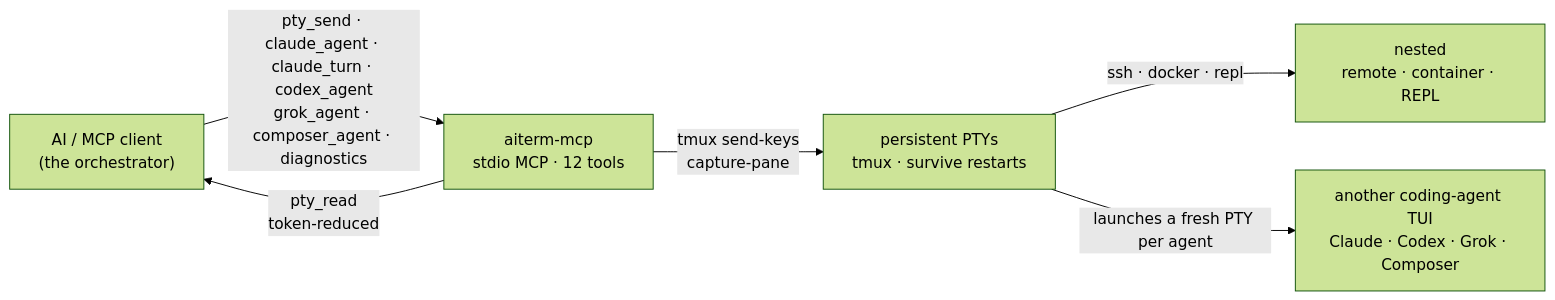
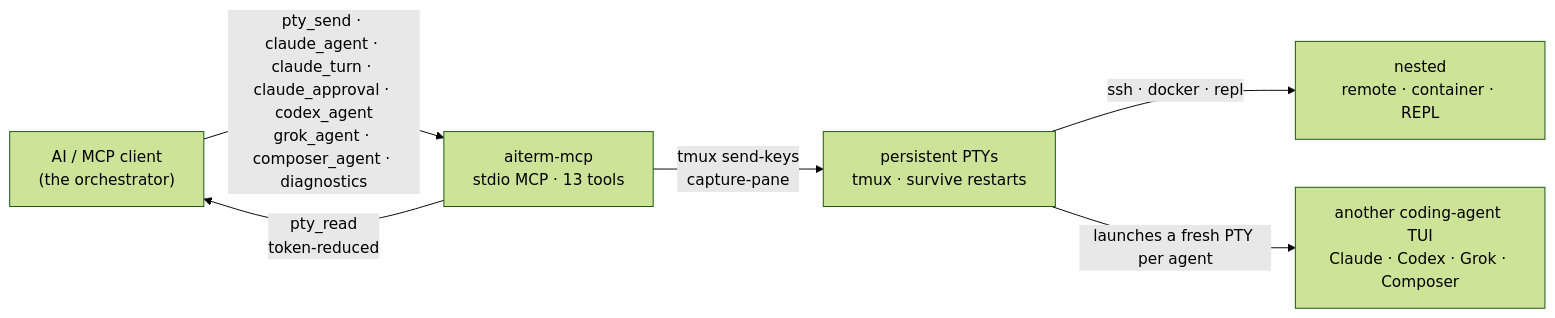
One commit to kitepon-rgb/aiterm-mcp changed the diagram in README.ja.md. Above: the diagram before and after it, drawn with Mermaid (forest theme). The commit also changed other lines of this file and 22 other files, not shown here.

First line of the commit message:
feat(claude): managed approval relayを追加して0.19.0へ更新

````diff
--- a/README.ja.md
+++ b/README.ja.md
@@ -187,8 +187,8 @@
 ```mermaid
 flowchart LR
-    AI["AI / MCP client<br/>(the orchestrator)"] -->|"pty_send · claude_agent · claude_turn · codex_agent<br/>grok_agent · composer_agent · diagnostics"| S["aiterm-mcp<br/>stdio MCP · 12 tools"]
+    AI["AI / MCP client<br/>(the orchestrator)"] -->|"pty_send · claude_agent · claude_turn · claude_approval · codex_agent<br/>grok_agent · composer_agent · diagnostics"| S["aiterm-mcp<br/>stdio MCP · 13 tools"]
     S -->|"pty_read<br/>token-reduced"| AI
     S -->|"tmux send-keys<br/>capture-pane"| P["persistent PTYs<br/>tmux · survive restarts"]
     P -->|"ssh · docker · repl"| R["nested<br/>remote · container · REPL"]
     P -->|"launches a fresh PTY per agent"| A["another coding-agent TUI<br/>Claude · Codex · Grok · Composer"]
 ```
````
